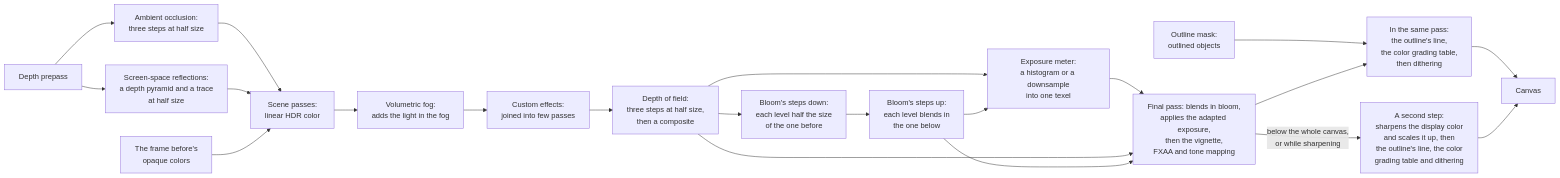
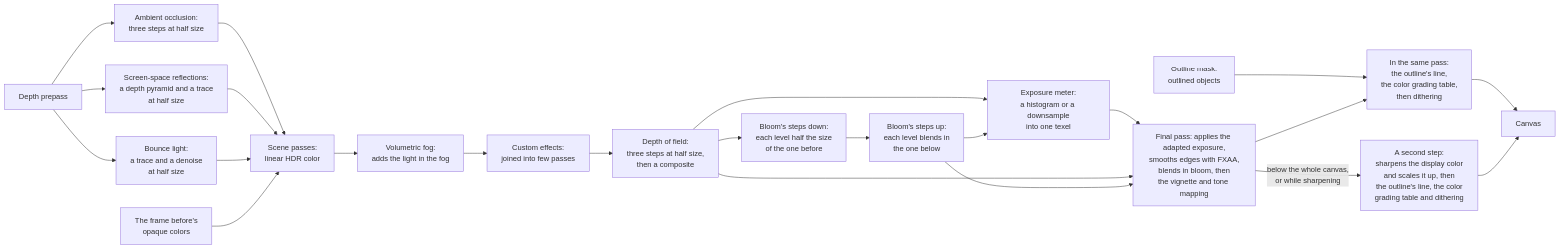
One commit to null3d-engine/null3d changed the diagram in docs/concepts/post-processing.md. Above: the diagram before and after it, drawn with Mermaid. The commit also changed other lines of this file and 175 other files, not shown here.

````diff
--- a/docs/concepts/post-processing.md
+++ b/docs/concepts/post-processing.md
@@ -13,23 +11,25 @@
 ```mermaid
 flowchart LR
     prepass["Depth prepass"] --> ao["Ambient occlusion:<br/>three steps at half size"]
     prepass --> ssr["Screen-space reflections:<br/>a depth pyramid and a trace<br/>at half size"]
+    prepass --> bounce["Bounce light:<br/>a trace and a denoise<br/>at half size"]
     ao --> scene
     ssr --> scene
+    bounce --> scene
     copy["The frame before's<br/>opaque colors"] --> scene
     scene["Scene passes:<br/>linear HDR color"] --> fog["Volumetric fog:<br/>adds the light in the fog"]
     fog --> custom["Custom effects:<br/>joined into few passes"]
     custom --> dof["Depth of field:<br/>three steps at half size,<br/>then a composite"]
     dof --> down["Bloom's steps down:<br/>each level half the size<br/>of the one before"]
     down --> up["Bloom's steps up:<br/>each level blends in<br/>the one below"]
     dof --> meter["Exposure meter:<br/>a histogram or a downsample<br/>into one texel"]
     up --> meter
-    meter --> final["Final pass: blends in bloom,<br/>applies the adapted exposure,<br/>then the vignette,<br/>FXAA and tone mapping"]
+    meter --> final["Final pass: applies the adapted exposure,<br/>smooths edges with FXAA,<br/>blends in bloom, then<br/>the vignette and tone mapping"]
     dof --> final
     up --> final
     mask["Outline mask:<br/>outlined objects"] --> line
     final --> line["In the same pass:<br/>the outline's line,<br/>the color grading table,<br/>then dithering"]
     final -- "below the whole canvas,<br/>or while sharpening" --> scaled["A second step:<br/>sharpens the display color<br/>and scales it up, then<br/>the outline's line, the color<br/>grading table and dithering"]
     line --> canvas["Canvas"]
     scaled --> canvas
 ```
````
